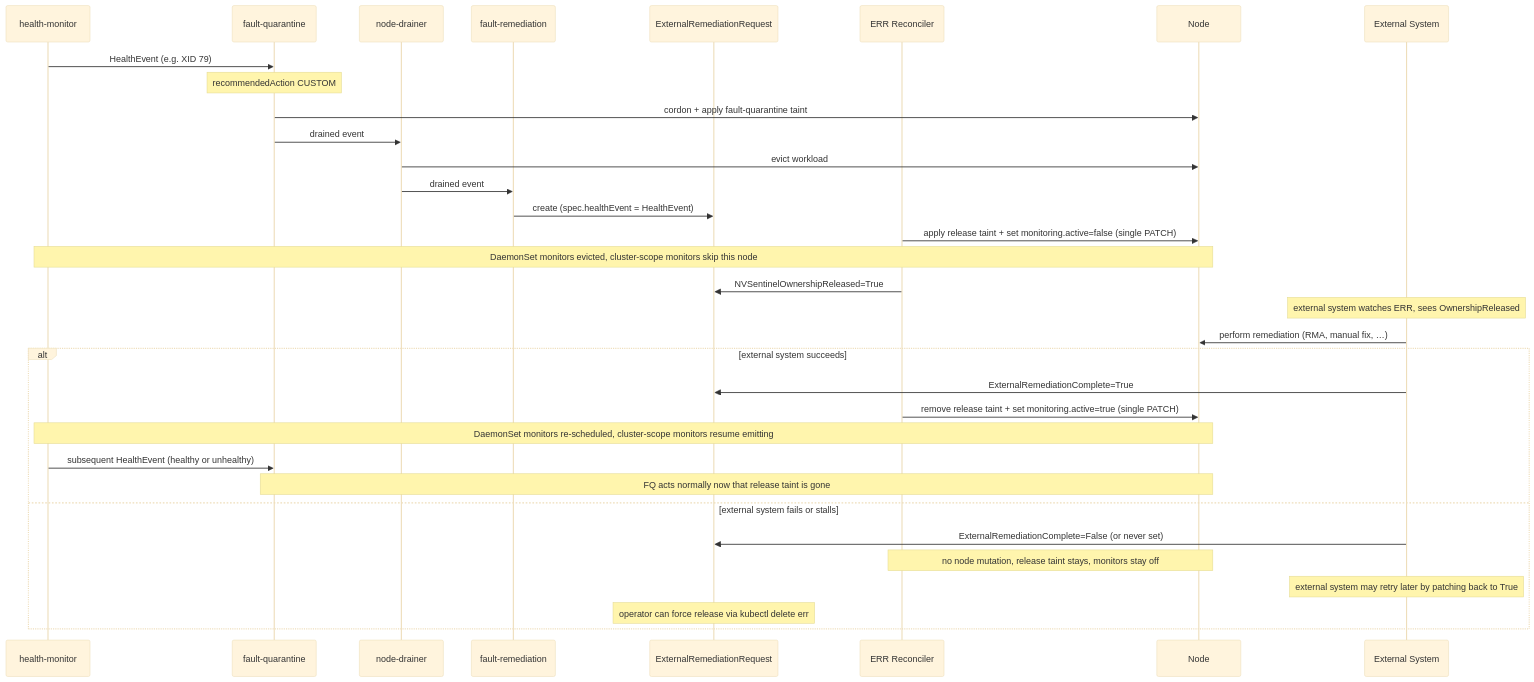
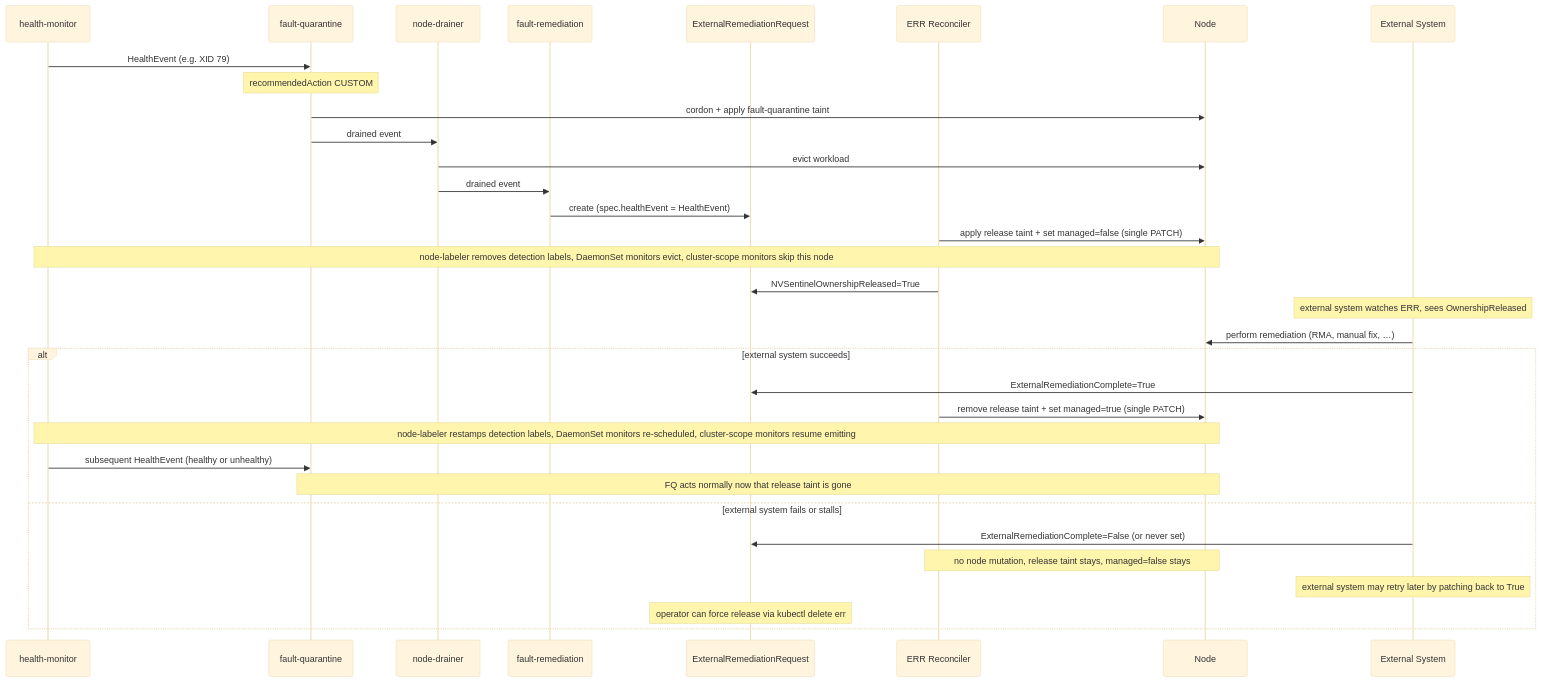
The diagram in docs/designs/040-external-remediation-request.md (NVIDIA/NVSentinel), drawn with Mermaid (base theme) before and after one commit. The commit also changed other lines of this file, not shown here.

First line of the commit message:
docs(adr-040): replace monitoring.active with single managed label gated through node-labeler

````diff
--- a/docs/designs/040-external-remediation-request.md
+++ b/docs/designs/040-external-remediation-request.md
@@ -360,36 +375,36 @@
 ```mermaid
 sequenceDiagram
     participant HM as health-monitor
     participant FQ as fault-quarantine
     participant ND as node-drainer
     participant FR as fault-remediation
     participant ERR as ExternalRemediationRequest
     participant RC as ERR Reconciler
     participant N as Node
     participant EXT as External System
 
     HM->>FQ: HealthEvent (e.g. XID 79)
     Note over FQ: recommendedAction CUSTOM
     FQ->>N: cordon + apply fault-quarantine taint
     FQ->>ND: drained event
     ND->>N: evict workload
     ND->>FR: drained event
     FR->>ERR: create (spec.healthEvent = HealthEvent)
-    RC->>N: apply release taint + set monitoring.active=false (single PATCH)
-    Note over HM,N: DaemonSet monitors evicted, cluster-scope monitors skip this node
+    RC->>N: apply release taint + set managed=false (single PATCH)
+    Note over HM,N: node-labeler removes detection labels, DaemonSet monitors evict, cluster-scope monitors skip this node
     RC->>ERR: NVSentinelOwnershipReleased=True
     Note over EXT: external system watches ERR, sees OwnershipReleased
     EXT->>N: perform remediation (RMA, manual fix, …)
     alt external system succeeds
         EXT->>ERR: ExternalRemediationComplete=True
-        RC->>N: remove release taint + set monitoring.active=true (single PATCH)
-        Note over HM,N: DaemonSet monitors re-scheduled, cluster-scope monitors resume emitting
+        RC->>N: remove release taint + set managed=true (single PATCH)
+        Note over HM,N: node-labeler restamps detection labels, DaemonSet monitors re-scheduled, cluster-scope monitors resume emitting
         HM->>FQ: subsequent HealthEvent (healthy or unhealthy)
         Note over FQ,N: FQ acts normally now that release taint is gone
     else external system fails or stalls
         EXT->>ERR: ExternalRemediationComplete=False (or never set)
-        Note over RC,N: no node mutation, release taint stays, monitors stay off
+        Note over RC,N: no node mutation, release taint stays, managed=false stays
         Note over EXT: external system may retry later by patching back to True
         Note over ERR: operator can force release via kubectl delete err
     end
 ```
````
